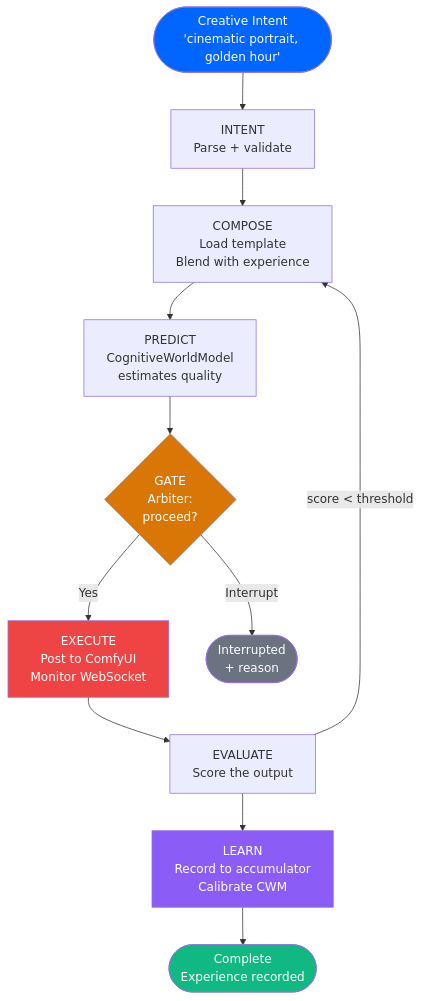
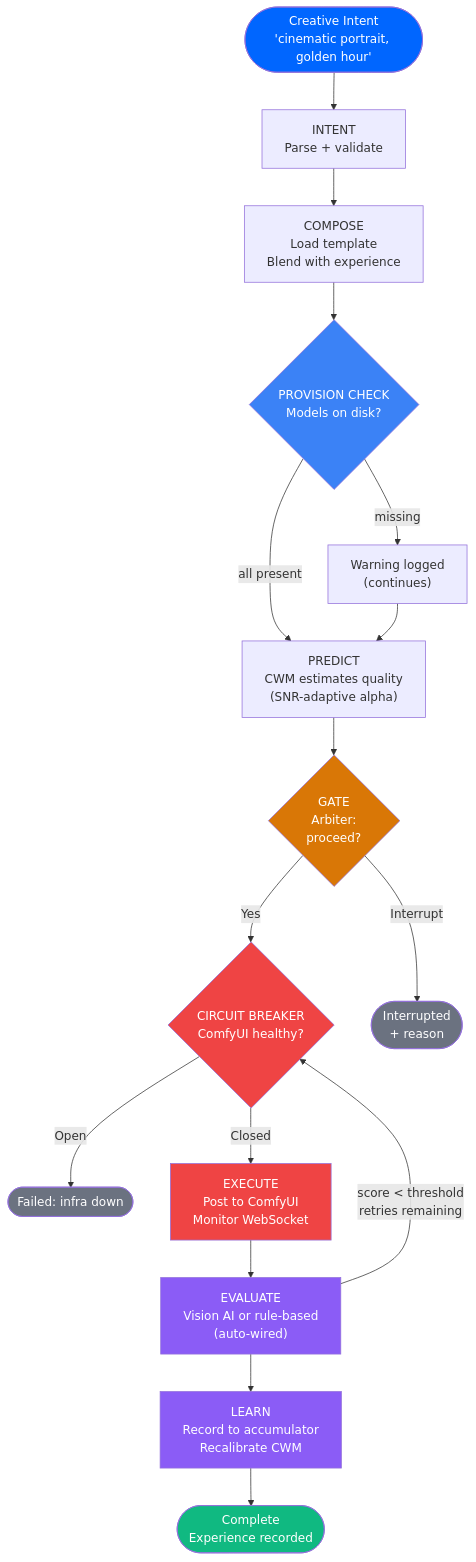
Before and after one commit to JosephOIbrahim/comfyui-agent: the ninth of 24 diagrams in README.md, drawn with Mermaid. The commit also changed other lines of this file and 1 other file, not shown here.

First line of the commit message:
docs: README overhaul — ADHD-friendly install, Phase 8.5 diagrams, changelog

````diff
--- a/README.md
+++ b/README.md
@@ -469,20 +499,29 @@
 ```mermaid
 flowchart TD
     You(["Creative Intent<br/>'cinematic portrait, golden hour'"]) --> INTENT["INTENT<br/>Parse + validate"]
     INTENT --> COMPOSE["COMPOSE<br/>Load template<br/>Blend with experience"]
-    COMPOSE --> PREDICT["PREDICT<br/>CognitiveWorldModel<br/>estimates quality"]
+    COMPOSE --> PROVISION{"PROVISION CHECK<br/>Models on disk?"}
+    PROVISION -->|"missing"| WARN["Warning logged<br/>(continues)"]
+    PROVISION -->|"all present"| PREDICT
+    WARN --> PREDICT["PREDICT<br/>CWM estimates quality<br/>(SNR-adaptive alpha)"]
     PREDICT --> GATE{"GATE<br/>Arbiter:<br/>proceed?"}
-    GATE -->|Yes| EXECUTE["EXECUTE<br/>Post to ComfyUI<br/>Monitor WebSocket"]
+    GATE -->|Yes| CB{"CIRCUIT BREAKER<br/>ComfyUI healthy?"}
     GATE -->|Interrupt| STOP(["Interrupted<br/>+ reason"])
-    EXECUTE --> EVALUATE["EVALUATE<br/>Score the output"]
-    EVALUATE --> LEARN["LEARN<br/>Record to accumulator<br/>Calibrate CWM"]
+    CB -->|Open| FAIL(["Failed: infra down"])
+    CB -->|Closed| EXECUTE["EXECUTE<br/>Post to ComfyUI<br/>Monitor WebSocket"]
+    EXECUTE --> EVALUATE["EVALUATE<br/>Vision AI or rule-based<br/>(auto-wired)"]
+    EVALUATE --> LEARN["LEARN<br/>Record to accumulator<br/>Recalibrate CWM"]
     LEARN --> DONE(["Complete<br/>Experience recorded"])
-    EVALUATE -->|"score < threshold"| COMPOSE
+    EVALUATE -->|"score < threshold<br/>retries remaining"| CB
 
     style You fill:#0066FF,color:#fff
     style GATE fill:#d97706,color:#fff
+    style CB fill:#ef4444,color:#fff
     style EXECUTE fill:#ef4444,color:#fff
+    style EVALUATE fill:#8b5cf6,color:#fff
     style LEARN fill:#8b5cf6,color:#fff
     style DONE fill:#10b981,color:#fff
     style STOP fill:#6b7280,color:#fff
+    style FAIL fill:#6b7280,color:#fff
+    style PROVISION fill:#3b82f6,color:#fff
 ```
````
